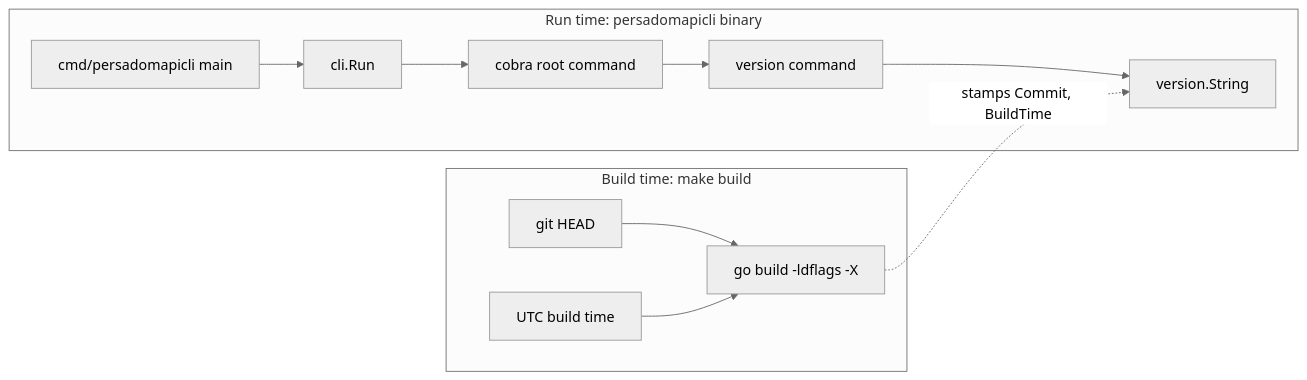
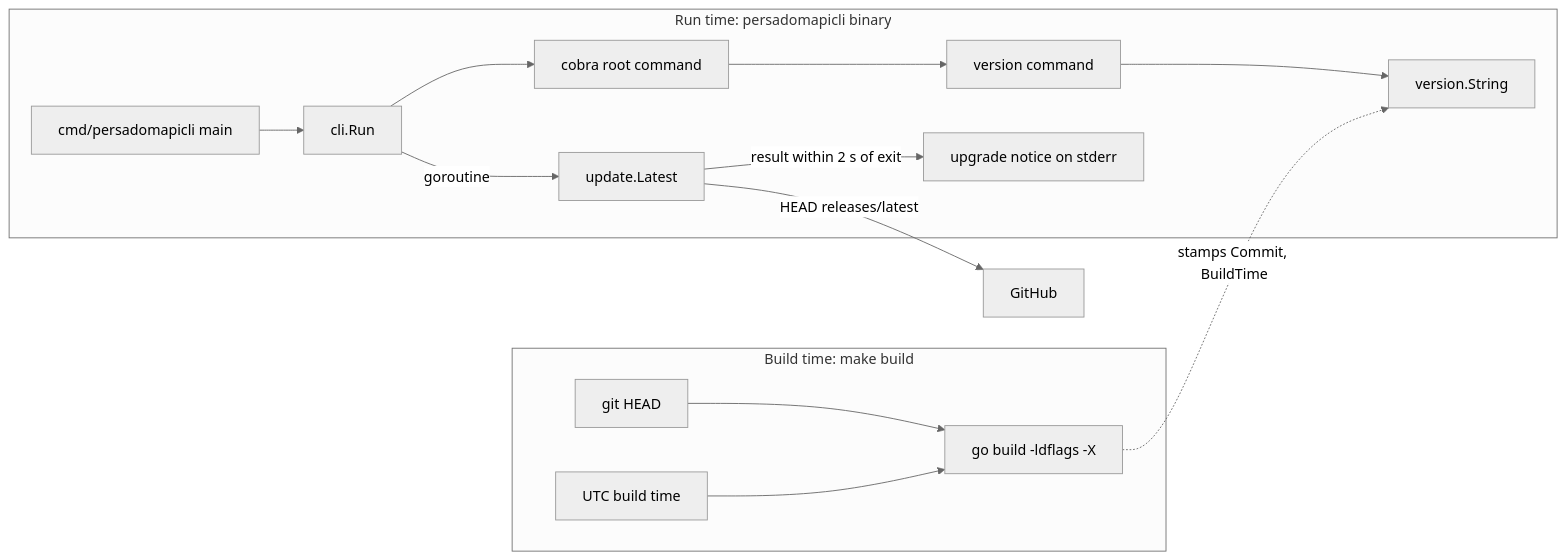
One commit to persado/martechapi-cli changed the diagram in doc/diagrams/architecture.mmd. Above: the diagram before and after it, drawn with Mermaid (neutral theme). The commit also changed 16 other files, not shown here.

```diff
--- a/doc/diagrams/architecture.mmd
+++ b/doc/diagrams/architecture.mmd
@@ -1,12 +1,15 @@
 flowchart LR
     subgraph build["Build time: make build"]
         git["git HEAD"] --> ldflags["go build -ldflags -X"]
         clock["UTC build time"] --> ldflags
     end
     subgraph run["Run time: persadomapicli binary"]
         main["cmd/persadomapicli main"] --> runfn["cli.Run"]
         runfn --> root["cobra root command"]
         root --> vcmd["version command"]
         vcmd --> vpkg["version.String"]
+        runfn -- "goroutine" --> latest["update.Latest"]
+        latest -- "result within 2 s of exit" --> notice["upgrade notice on stderr"]
     end
     ldflags -. "stamps Commit, BuildTime" .-> vpkg
+    latest -- "HEAD releases/latest" --> gh["GitHub"]
```
